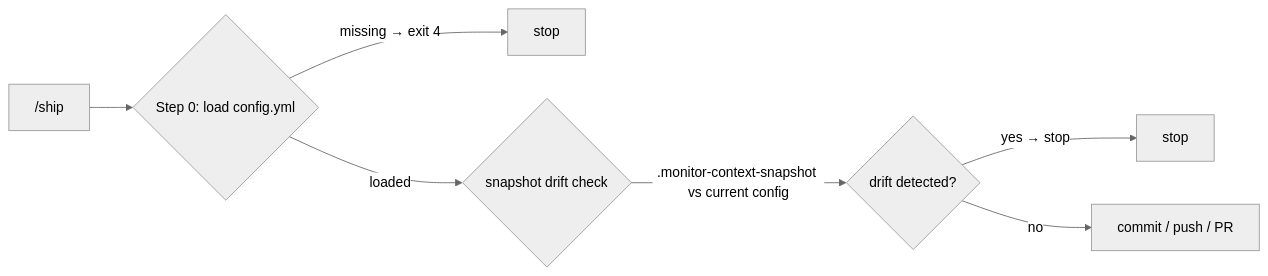
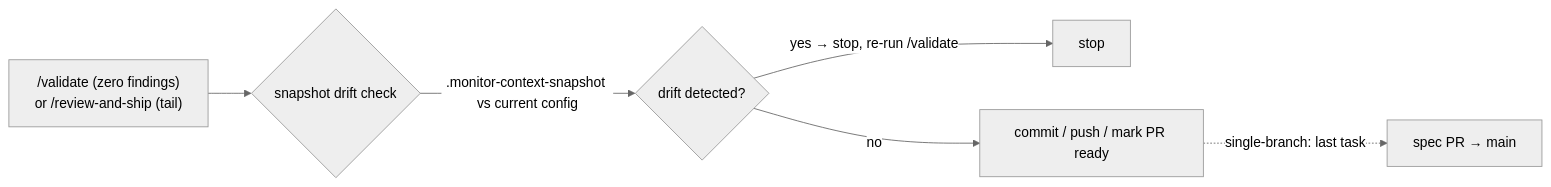
Before and after one commit to AlarQ/SDD-hub: diagram 13 of 14 in docs/workflow-diagram.md, drawn with Mermaid (neutral theme). The commit also changed other lines of this file and 29 other files, not shown here.

First line of the commit message:
refactor: fold /ship into /validate + /review-and-ship inline procedure

````diff
--- a/docs/workflow-diagram.md
+++ b/docs/workflow-diagram.md
@@ -445,9 +453,8 @@
 ```mermaid
 graph LR
-    SH["/ship"] --> CFG0{Step 0: load config.yml}
-    CFG0 -->|missing → exit 4| STOP_SH[stop]
-    CFG0 -->|loaded| DRIFT{snapshot drift check}
+    CALLER["/validate (zero findings)<br/>or /review-and-ship (tail)"] --> DRIFT{snapshot drift check}
     DRIFT -->|.monitor-context-snapshot vs current config| DRIFT_DEC{drift detected?}
-    DRIFT_DEC -->|yes → stop| STOP_DRIFT[stop]
-    DRIFT_DEC -->|no| COMMIT[commit / push / PR]
+    DRIFT_DEC -->|yes → stop, re-run /validate| STOP_DRIFT[stop]
+    DRIFT_DEC -->|no| COMMIT[commit / push / mark PR ready]
+    COMMIT -.->|single-branch: last task| SPECPR[spec PR → main]
 ```
````
